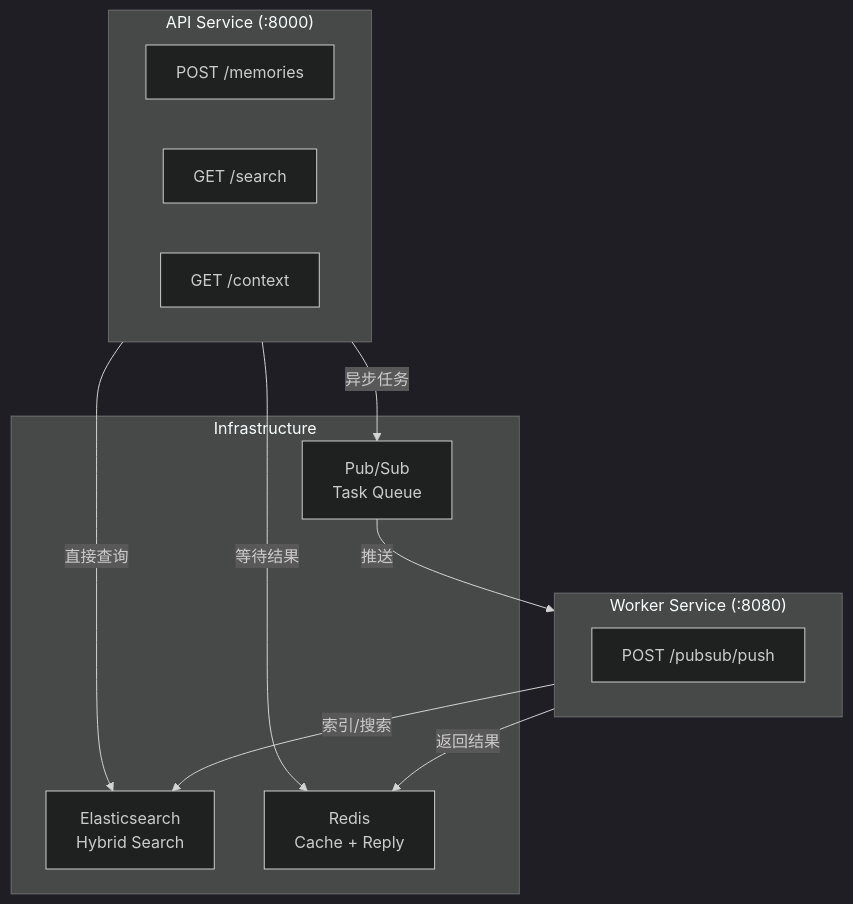
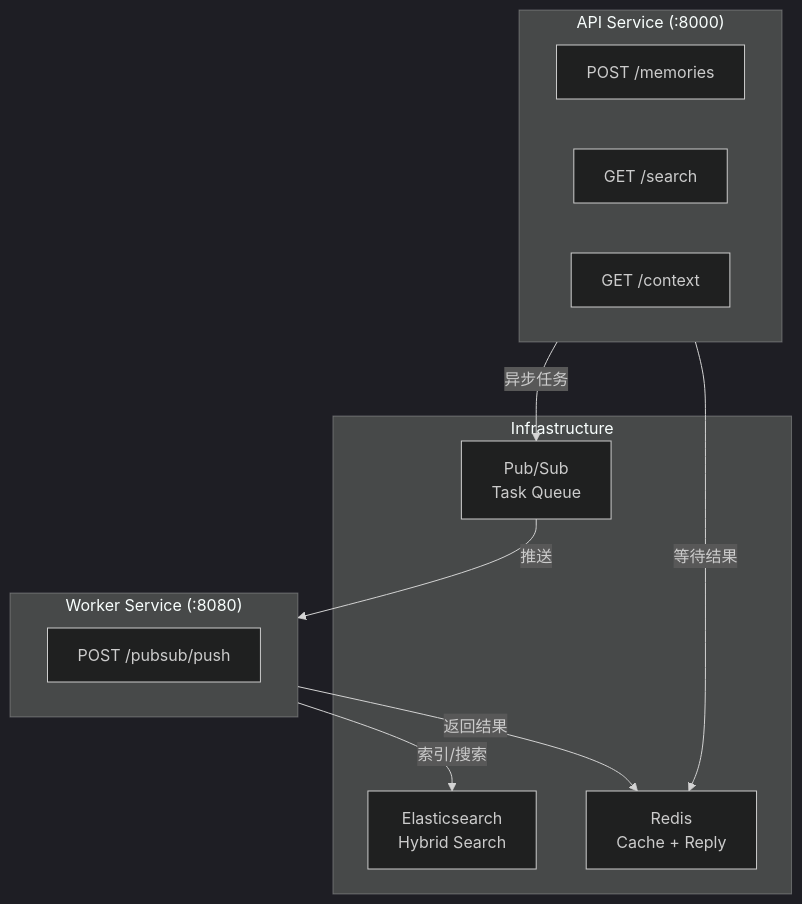
One commit to zhu1090093659/npc-memory-rag---desensitization changed the diagram in docs/api/API_REFERENCE.md. Above: the diagram before and after it, drawn with Mermaid (dark theme). The commit also changed other lines of this file and 4 other files, not shown here.

````diff
--- a/docs/api/API_REFERENCE.md
+++ b/docs/api/API_REFERENCE.md
@@ -14,26 +14,25 @@
 ```mermaid
 flowchart TB
     subgraph API["API Service (:8000)"]
         direction LR
         memories["POST /memories"]
         search["GET /search"]
         context["GET /context"]
     end
 
     subgraph Infra["Infrastructure"]
         PubSub["Pub/Sub<br/>Task Queue"]
         ES["Elasticsearch<br/>Hybrid Search"]
         Redis["Redis<br/>Cache + Reply"]
     end
 
     subgraph Worker["Worker Service (:8080)"]
         push["POST /pubsub/push"]
     end
 
     API -->|异步任务| PubSub
-    API -->|直接查询| ES
     API -->|等待结果| Redis
     PubSub -->|推送| Worker
     Worker -->|索引/搜索| ES
     Worker -->|返回结果| Redis
 ```
````
